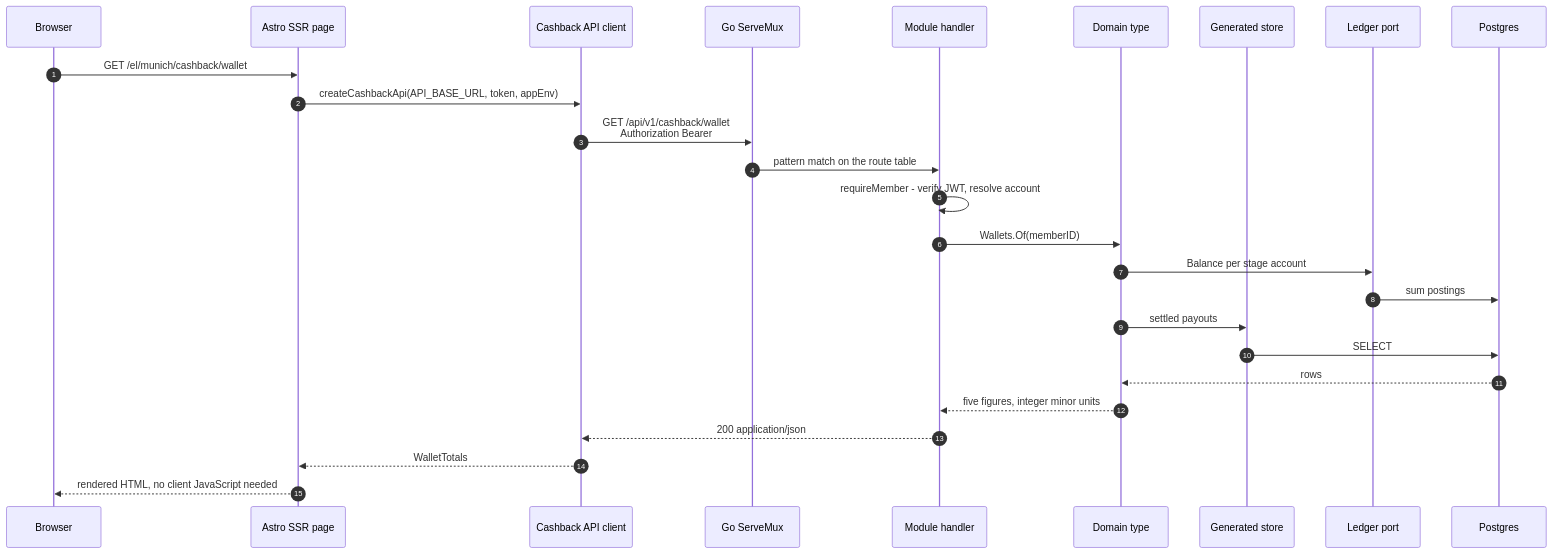
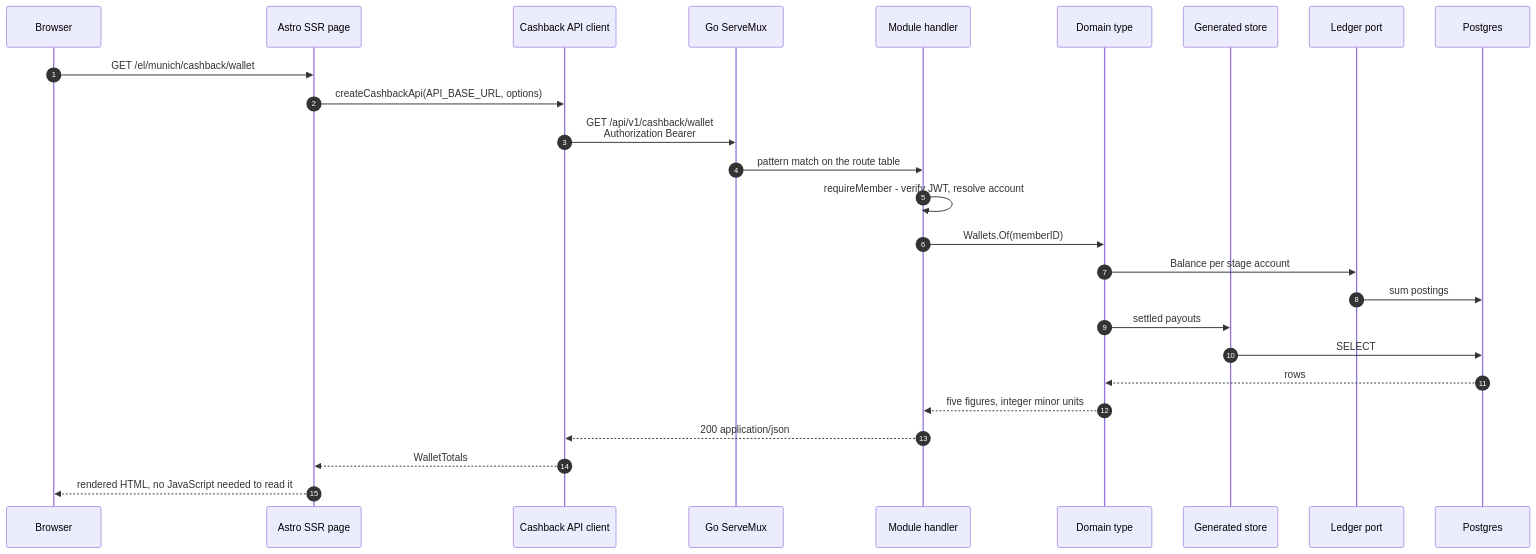
The fourth of 4 diagrams in docs/architecture/application-architecture.md (Nomos-N4s/apivo-news), drawn with Mermaid before and after one commit. The commit also changed other lines of this file and 9 other files, not shown here.

````diff
--- a/docs/architecture/application-architecture.md
+++ b/docs/architecture/application-architecture.md
@@ -372,29 +375,29 @@
 ```mermaid
 sequenceDiagram
   autonumber
   participant B as Browser
   participant A as Astro SSR page
   participant C as Cashback API client
   participant M as Go ServeMux
   participant H as Module handler
   participant D as Domain type
   participant S as Generated store
   participant L as Ledger port
   participant P as Postgres
 
   B->>A: GET /el/munich/cashback/wallet
-  A->>C: createCashbackApi(API_BASE_URL, token, appEnv)
+  A->>C: createCashbackApi(API_BASE_URL, options)
   C->>M: GET /api/v1/cashback/wallet<br>Authorization Bearer
   M->>H: pattern match on the route table
   H->>H: requireMember - verify JWT, resolve account
   H->>D: Wallets.Of(memberID)
   D->>L: Balance per stage account
   L->>P: sum postings
   D->>S: settled payouts
   S->>P: SELECT
   P-->>D: rows
   D-->>H: five figures, integer minor units
   H-->>C: 200 application/json
   C-->>A: WalletTotals
-  A-->>B: rendered HTML, no client JavaScript needed
+  A-->>B: rendered HTML, no JavaScript needed to read it
 ```
````
